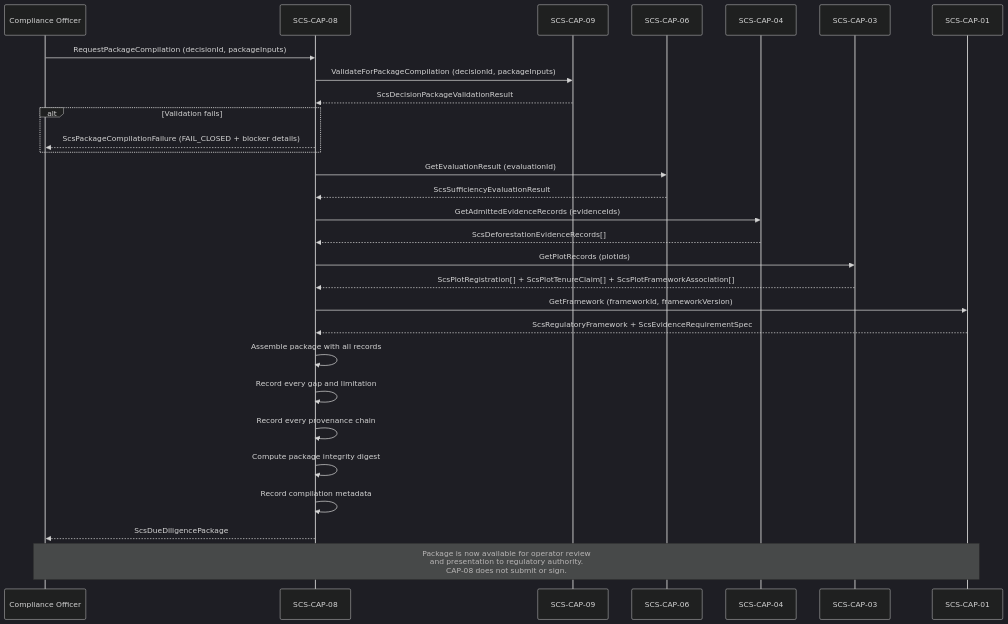
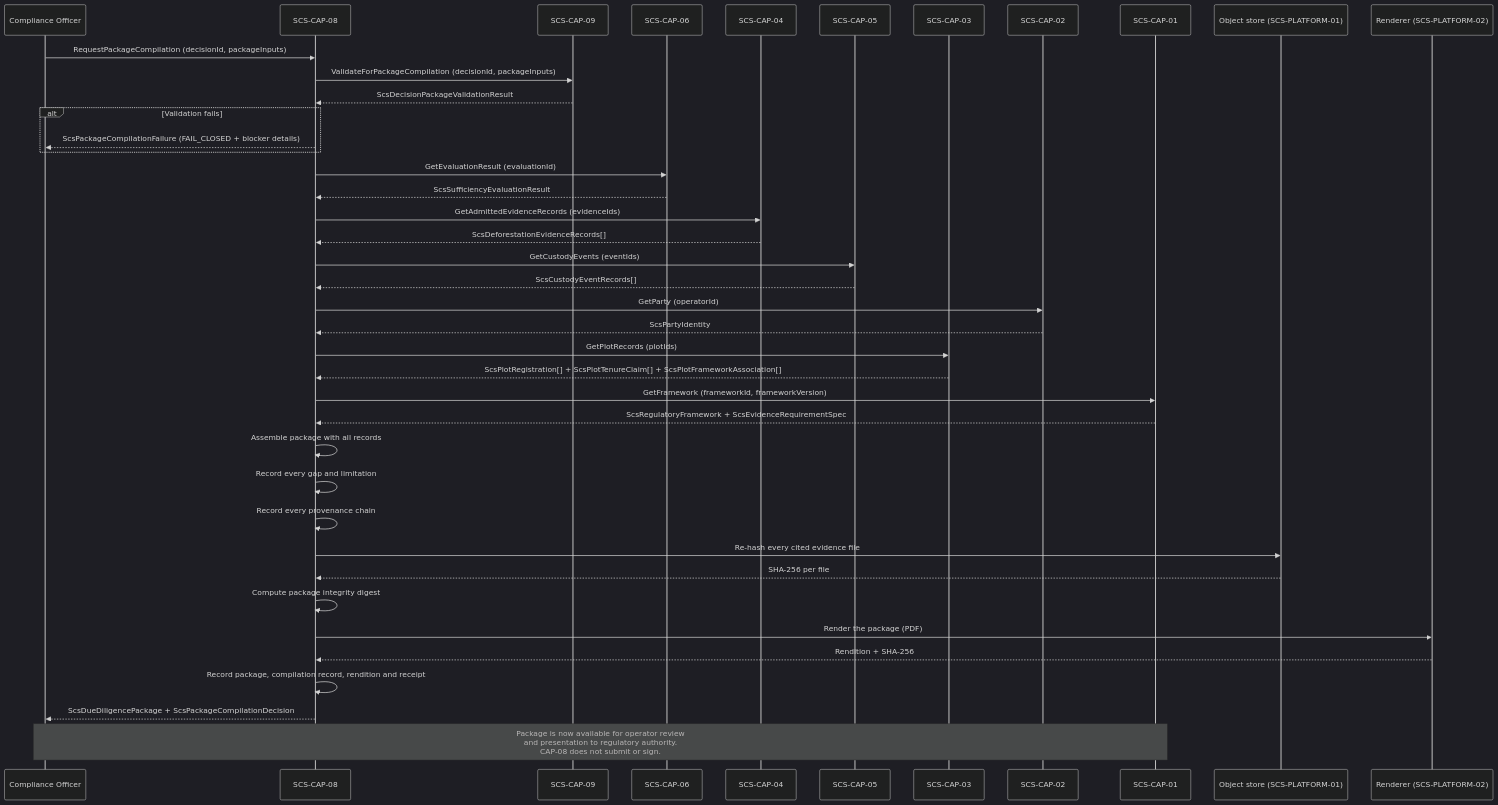
Before and after one commit to AdvancedAgricultureBiometrix/aab-source-of-truth: the second of 2 diagrams in governance/workstream-b/SCS-CAP-08-DUE-DILIGENCE-PACKAGE-COMPILATION-CANONICAL-CONTRACT-2026-09-22.md, drawn with Mermaid (dark theme). The commit also changed other lines of this file and 1 other file, not shown here.

````diff
--- a/governance/workstream-b/SCS-CAP-08-DUE-DILIGENCE-PACKAGE-COMPILATION-CANONICAL-CONTRACT-2026-09-22.md
+++ b/governance/workstream-b/SCS-CAP-08-DUE-DILIGENCE-PACKAGE-COMPILATION-CANONICAL-CONTRACT-2026-09-22.md
@@ -87,37 +113,49 @@
 ```mermaid
 sequenceDiagram
     participant CO as Compliance Officer
     participant CAP08 as SCS-CAP-08
     participant CAP09 as SCS-CAP-09
     participant CAP06 as SCS-CAP-06
     participant CAP04 as SCS-CAP-04
+    participant CAP05 as SCS-CAP-05
     participant CAP03 as SCS-CAP-03
+    participant CAP02 as SCS-CAP-02
     participant CAP01 as SCS-CAP-01
+    participant OS as Object store (SCS-PLATFORM-01)
+    participant R as Renderer (SCS-PLATFORM-02)
 
     CO->>CAP08: RequestPackageCompilation (decisionId, packageInputs)
     CAP08->>CAP09: ValidateForPackageCompilation (decisionId, packageInputs)
     CAP09-->>CAP08: ScsDecisionPackageValidationResult
 
     alt Validation fails
         CAP08-->>CO: ScsPackageCompilationFailure (FAIL_CLOSED + blocker details)
     end
 
     CAP08->>CAP06: GetEvaluationResult (evaluationId)
     CAP06-->>CAP08: ScsSufficiencyEvaluationResult
     CAP08->>CAP04: GetAdmittedEvidenceRecords (evidenceIds)
     CAP04-->>CAP08: ScsDeforestationEvidenceRecords[]
+    CAP08->>CAP05: GetCustodyEvents (eventIds)
+    CAP05-->>CAP08: ScsCustodyEventRecords[]
+    CAP08->>CAP02: GetParty (operatorId)
+    CAP02-->>CAP08: ScsPartyIdentity
     CAP08->>CAP03: GetPlotRecords (plotIds)
     CAP03-->>CAP08: ScsPlotRegistration[] + ScsPlotTenureClaim[] + ScsPlotFrameworkAssociation[]
     CAP08->>CAP01: GetFramework (frameworkId, frameworkVersion)
     CAP01-->>CAP08: ScsRegulatoryFramework + ScsEvidenceRequirementSpec
 
     CAP08->>CAP08: Assemble package with all records
     CAP08->>CAP08: Record every gap and limitation
     CAP08->>CAP08: Record every provenance chain
+    CAP08->>OS: Re-hash every cited evidence file
+    OS-->>CAP08: SHA-256 per file
     CAP08->>CAP08: Compute package integrity digest
-    CAP08->>CAP08: Record compilation metadata
+    CAP08->>R: Render the package (PDF)
+    R-->>CAP08: Rendition + SHA-256
+    CAP08->>CAP08: Record package, compilation record, rendition and receipt
 
-    CAP08-->>CO: ScsDueDiligencePackage
+    CAP08-->>CO: ScsDueDiligencePackage + ScsPackageCompilationDecision
 
     Note over CO,CAP01: Package is now available for operator review<br/>and presentation to regulatory authority.<br/>CAP-08 does not submit or sign.
 ```
````
